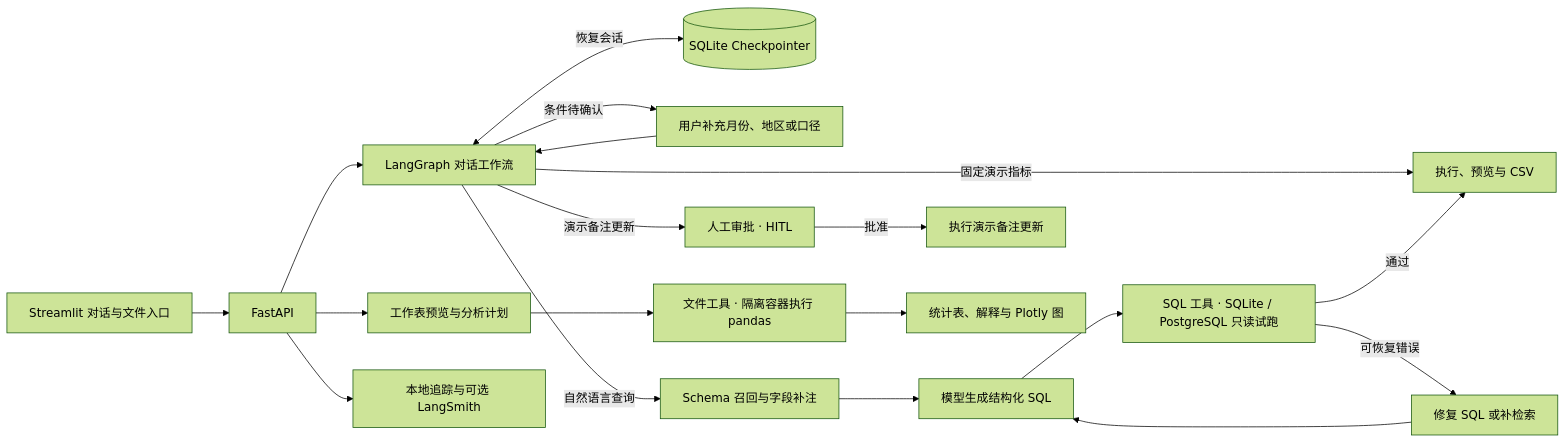
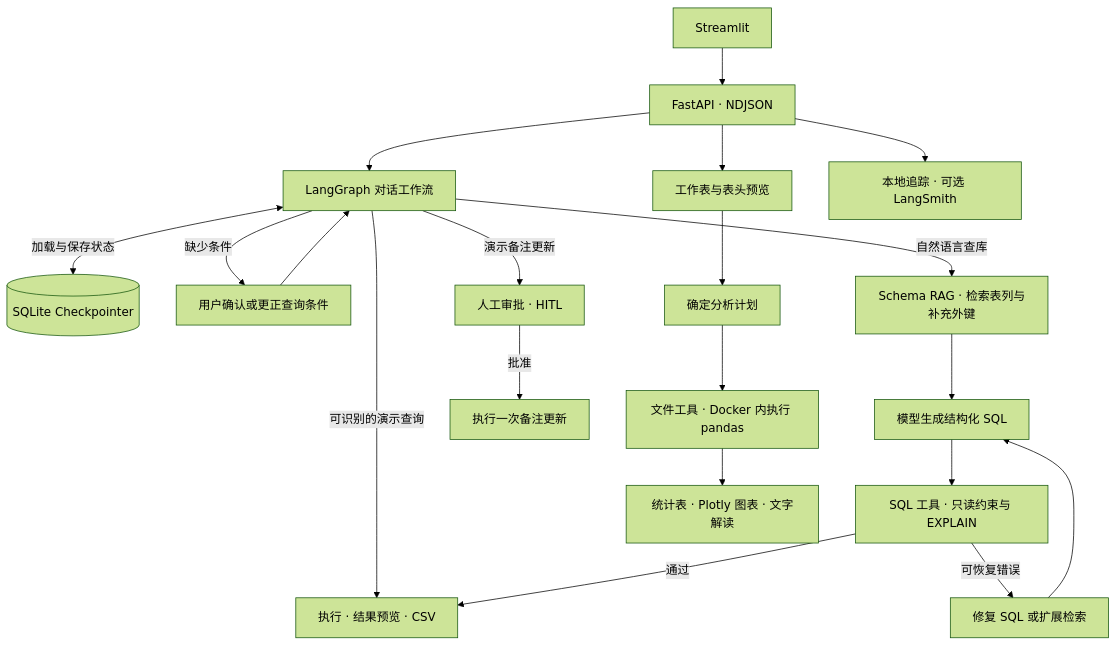
Before and after one commit to 15016623369a-spe/text2sql-agent: the diagram in README.md, drawn with Mermaid (forest theme). The commit also changed other lines of this file and 8 other files, not shown here.

````diff
--- a/README.md
+++ b/README.md
@@ -56,21 +52,22 @@
 ```mermaid
-flowchart LR
-    UI["Streamlit 对话与文件入口"] --> API["FastAPI"]
+flowchart TD
+    UI["Streamlit"] --> API["FastAPI · NDJSON"]
     API --> Chat["LangGraph 对话工作流"]
-    Chat <-->|"恢复会话"| State[("SQLite Checkpointer")]
-    Chat -->|"条件待确认"| Clarify["用户补充月份、地区或口径"]
+    Chat <-->|"加载与保存状态"| State[("SQLite Checkpointer")]
+    Chat -->|"缺少条件"| Clarify["用户确认或更正查询条件"]
     Clarify --> Chat
-    Chat -->|"固定演示指标"| Run
-    Chat -->|"自然语言查询"| RAG["Schema 召回与字段补注"]
-    RAG --> SQL["模型生成结构化 SQL"]
-    SQL --> Check["SQL 工具 · SQLite / PostgreSQL 只读试跑"]
-    Check -->|"通过"| Run["执行、预览与 CSV"]
-    Check -->|"可恢复错误"| Repair["修复 SQL 或补检索"]
-    Repair --> SQL
+    Chat -->|"可识别的演示查询"| Exec["执行 · 结果预览 · CSV"]
+    Chat -->|"自然语言查库"| Schema["Schema RAG · 检索表列与补充外键"]
+    Schema --> SQL["模型生成结构化 SQL"]
+    SQL --> Check["SQL 工具 · 只读约束与 EXPLAIN"]
+    Check -->|"通过"| Exec
+    Check -->|"可恢复错误"| Retry["修复 SQL 或扩展检索"]
+    Retry --> SQL
     Chat -->|"演示备注更新"| Approval["人工审批 · HITL"]
-    Approval -->|"批准"| Write["执行演示备注更新"]
-    API --> File["工作表预览与分析计划"]
-    File --> Worker["文件工具 · 隔离容器执行 pandas"]
-    Worker --> Report["统计表、解释与 Plotly 图"]
-    API --> Trace["本地追踪与可选 LangSmith"]
+    Approval -->|"批准"| Write["执行一次备注更新"]
+    API --> Preview["工作表与表头预览"]
+    Preview --> Plan["确定分析计划"]
+    Plan --> Worker["文件工具 · Docker 内执行 pandas"]
+    Worker --> Result["统计表 · Plotly 图表 · 文字解读"]
+    API --> Trace["本地追踪 · 可选 LangSmith"]
 ```
````
